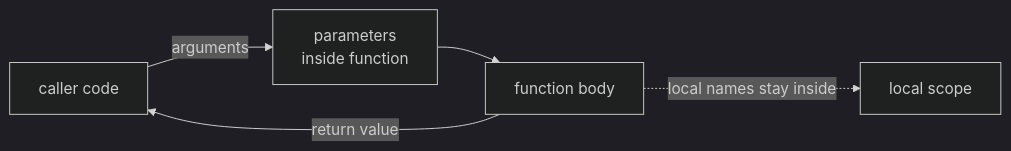
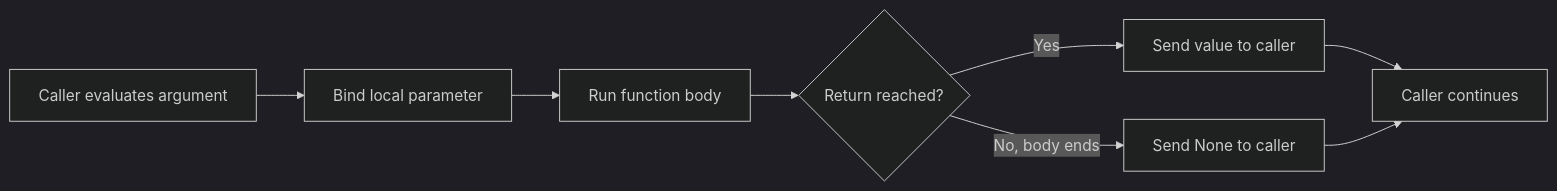
One commit to freecampus/python changed the diagram in docs/courses/python-foundations/units/functions-call-behavior/defining-calling-returning.qmd. Above: the diagram before and after it, drawn with Mermaid (dark theme). The commit also changed other lines of this file and 18 other files, not shown here.

````diff
--- a/docs/courses/python-foundations/units/functions-call-behavior/defining-calling-returning.qmd
+++ b/docs/courses/python-foundations/units/functions-call-behavior/defining-calling-returning.qmd
@@ -42,9 +78,12 @@
 ```{mermaid}
 %%| echo: false
 %%| eval: true
 flowchart LR
-  caller["caller code"] -- arguments --> params["parameters<br/>inside function"]
-  params --> body["function body"]
-  body -- return value --> caller
-  body -. local names stay inside .-> scope["local scope"]
+  A[Caller evaluates argument] --> B[Bind local parameter]
+  B --> C[Run function body]
+  C --> D{Return reached?}
+  D -- Yes --> E[Send value to caller]
+  D -- No, body ends --> F[Send None to caller]
+  E --> G[Caller continues]
+  F --> G
 ```
````
